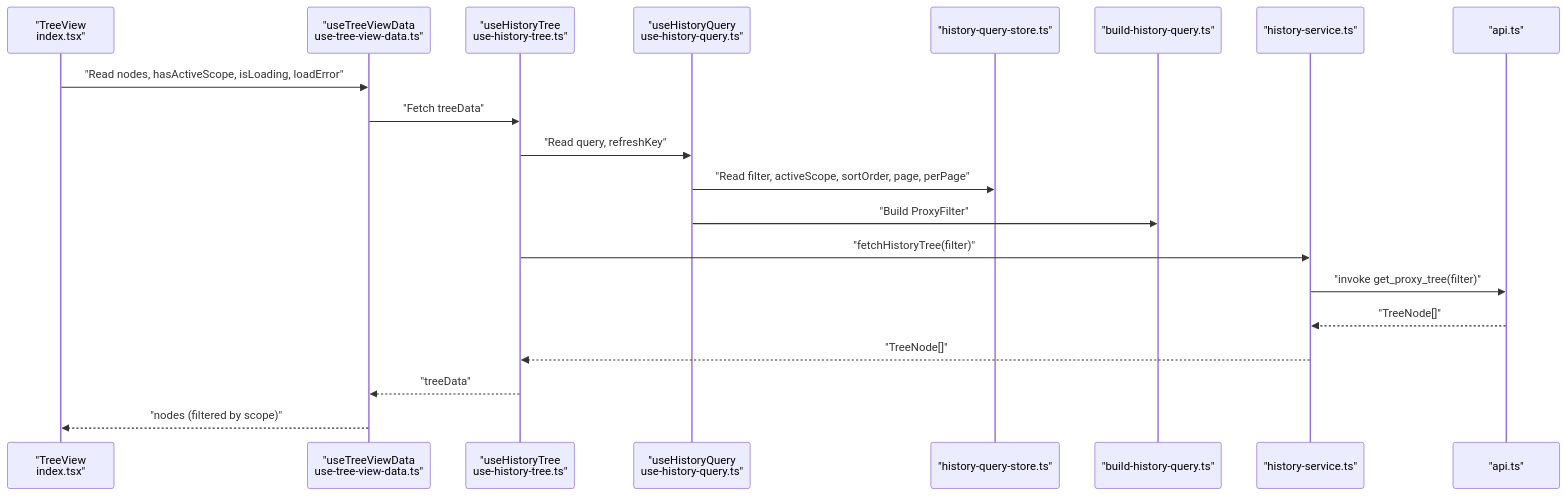
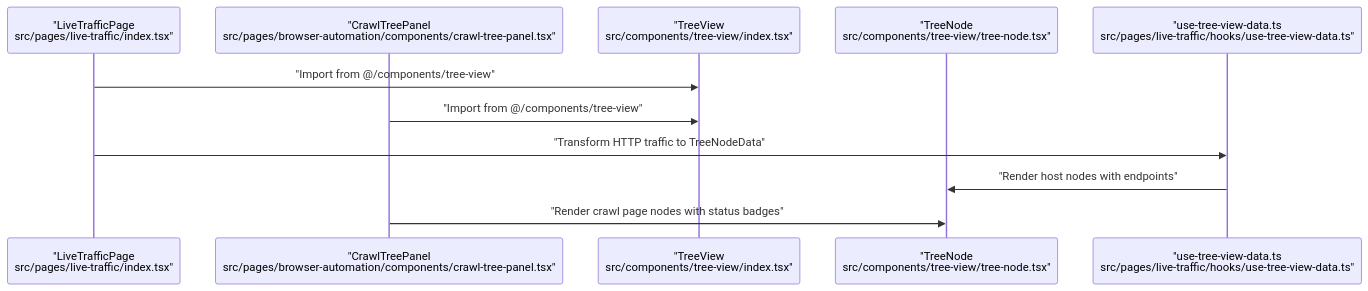
One commit to arhamymr/hexbuffer changed the second of 4 diagrams in .qoder/repowiki/en/content/Live Traffic Analysis/Tree View Navigation.md. Above: the diagram before and after it, drawn with Mermaid. The commit also changed other lines of this file and 21 other files, not shown here.

````diff
--- a/.qoder/repowiki/en/content/Live Traffic Analysis/Tree View Navigation.md
+++ b/.qoder/repowiki/en/content/Live Traffic Analysis/Tree View Navigation.md
@@ -129,22 +122,13 @@
 ```mermaid
 sequenceDiagram
-participant UI as "TreeView<br/>index.tsx"
-participant Hook as "useTreeViewData<br/>use-tree-view-data.ts"
-participant TreeHook as "useHistoryTree<br/>use-history-tree.ts"
-participant Query as "useHistoryQuery<br/>use-history-query.ts"
-participant Store as "history-query-store.ts"
-participant Build as "build-history-query.ts"
-participant Svc as "history-service.ts"
-participant API as "api.ts"
-UI->>Hook : "Read nodes, hasActiveScope, isLoading, loadError"
-Hook->>TreeHook : "Fetch treeData"
-TreeHook->>Query : "Read query, refreshKey"
-Query->>Store : "Read filter, activeScope, sortOrder, page, perPage"
-Query->>Build : "Build ProxyFilter"
-TreeHook->>Svc : "fetchHistoryTree(filter)"
-Svc->>API : "invoke get_proxy_tree(filter)"
-API-->>Svc : "TreeNode[]"
-Svc-->>TreeHook : "TreeNode[]"
-TreeHook-->>Hook : "treeData"
-Hook-->>UI : "nodes (filtered by scope)"
+participant LiveTraffic as "LiveTrafficPage<br/>src/pages/live-traffic/index.tsx"
+participant BrowserAuto as "CrawlTreePanel<br/>src/pages/browser-automation/components/crawl-tree-panel.tsx"
+participant TreeView as "TreeView<br/>src/components/tree-view/index.tsx"
+participant TreeNode as "TreeNode<br/>src/components/tree-view/tree-node.tsx"
+participant DataHook as "use-tree-view-data.ts<br/>src/pages/live-traffic/hooks/use-tree-view-data.ts"
+LiveTraffic->>TreeView : "Import from @/components/tree-view"
+BrowserAuto->>TreeView : "Import from @/components/tree-view"
+LiveTraffic->>DataHook : "Transform HTTP traffic to TreeNodeData"
+DataHook->>TreeNode : "Render host nodes with endpoints"
+BrowserAuto->>TreeNode : "Render crawl page nodes with status badges"
 ```
````
